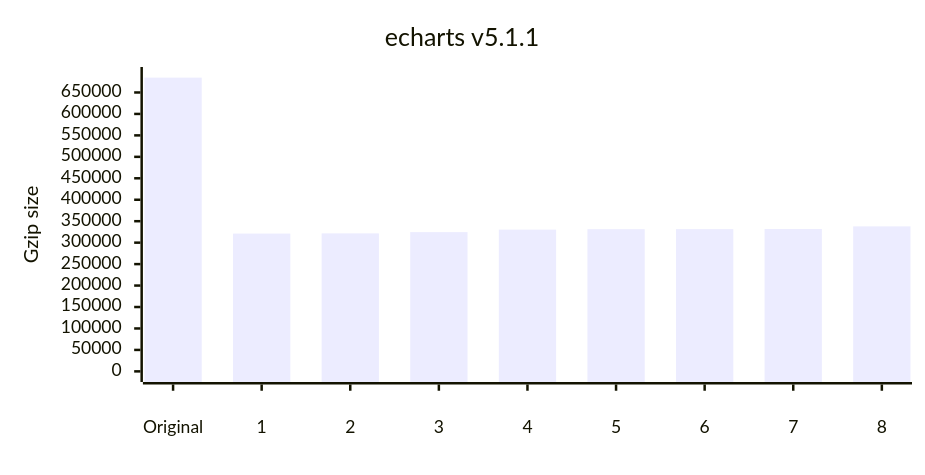
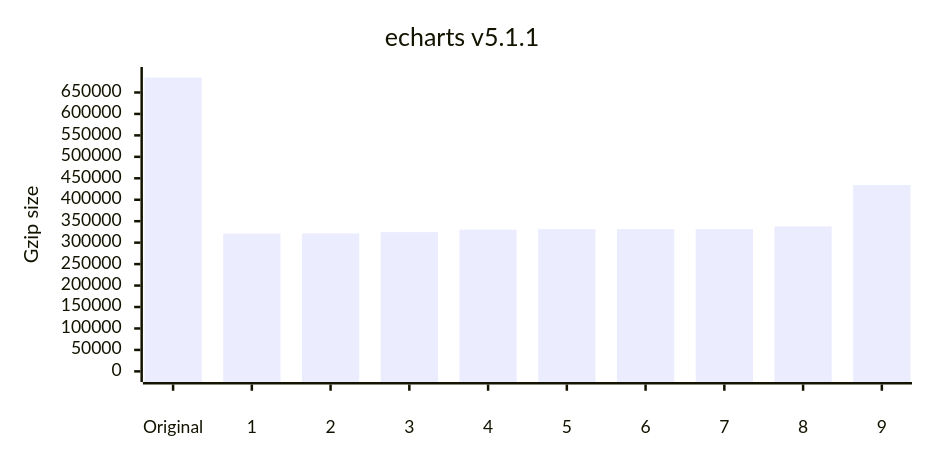
One commit to privatenumber/minification-benchmarks changed the tenth of 12 diagrams in README.md. Above: the diagram before and after it, drawn with Mermaid. The commit also changed other lines of this file and 1 other file, not shown here.

````diff
--- a/README.md
+++ b/README.md
@@ -437,17 +447,17 @@
 ```mermaid
 ---
 config:
     xyChart:
         width: 720
         height: 360
         xAxis:
             labelPadding: 20
         yAxis:
             labelPadding: 10
 ---
 xychart-beta
 	title "echarts v5.1.1"
-	x-axis ["Original",1,2,3,4,5,6,7,8]
+	x-axis ["Original",1,2,3,4,5,6,7,8,9]
 	y-axis "Gzip size" 0 --> 684611
-	bar [684611,321112,321556,324581,330348,331412,331563,331847,337934]
+	bar [684611,321112,321556,324581,330348,331412,331563,331847,337934,434451]
 ```
````
